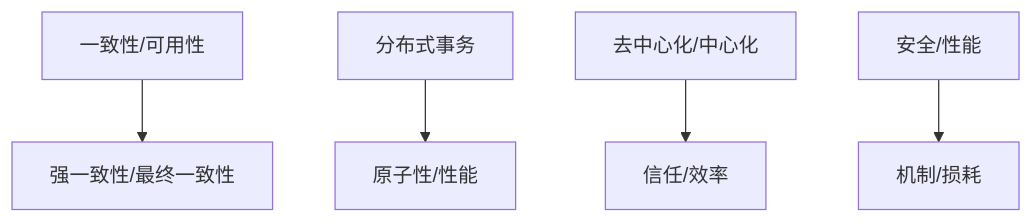
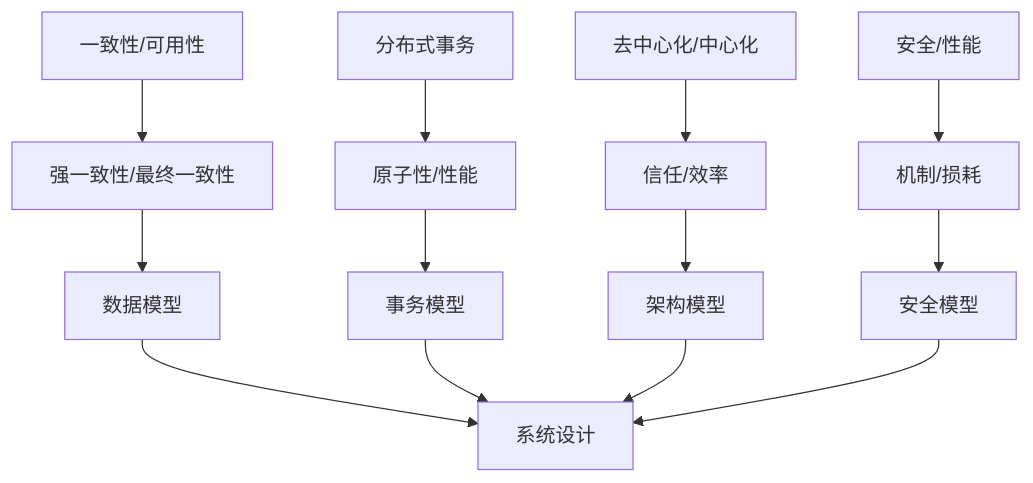
One commit to AdaMartin18010/SystemOSIOT changed the first of 2 diagrams in 4.分布式系统/4.2 批判分析/4.2.1 主要争议.md. Above: the diagram before and after it, drawn with Mermaid. The commit also changed other lines of this file and 118 other files, not shown here.

````diff
--- a/4.分布式系统/4.2 批判分析/4.2.1 主要争议.md
+++ b/4.分布式系统/4.2 批判分析/4.2.1 主要争议.md
@@ -24,7 +252,17 @@
 ```mermaid
-graph TD;
-  A[一致性/可用性] --> B[强一致性/最终一致性];
-  C[分布式事务] --> D[原子性/性能];
-  E[去中心化/中心化] --> F[信任/效率];
-  G[安全/性能] --> H[机制/损耗];
+graph TD
+    A[一致性/可用性] --> B[强一致性/最终一致性]
+    C[分布式事务] --> D[原子性/性能]
+    E[去中心化/中心化] --> F[信任/效率]
+    G[安全/性能] --> H[机制/损耗]
+    
+    B --> I[数据模型]
+    D --> J[事务模型]
+    F --> K[架构模型]
+    H --> L[安全模型]
+    
+    I --> M[系统设计]
+    J --> M
+    K --> M
+    L --> M
 ```
````
